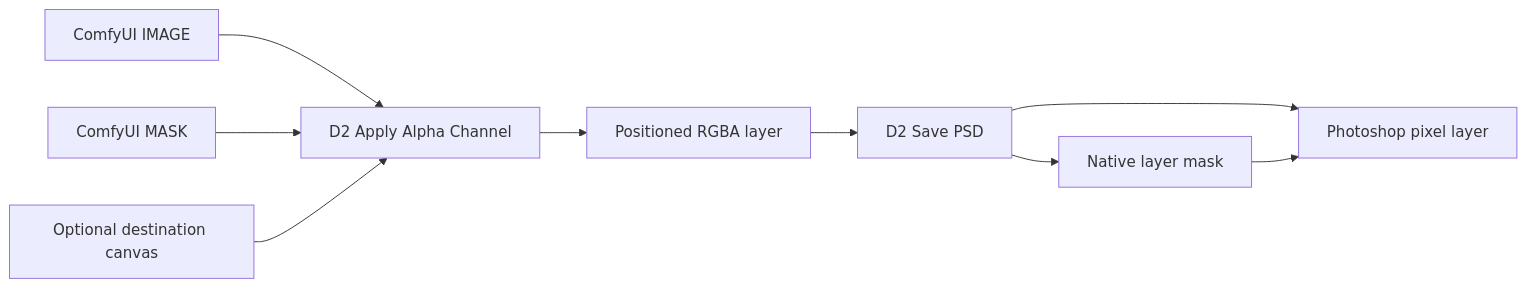
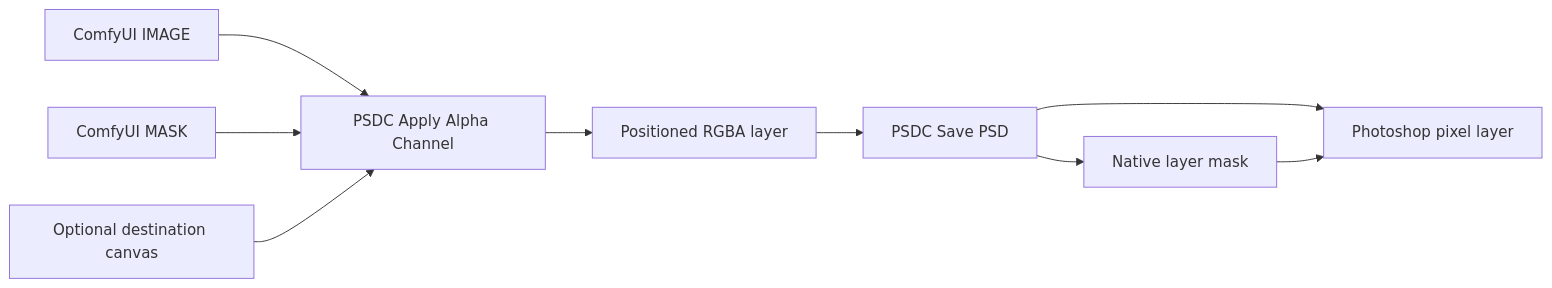
The first of 3 diagrams in README_en.md (glaseagle/PSDC), drawn with Mermaid before and after one commit. The commit also changed other lines of this file and 5 other files, not shown here.

````diff
--- a/README_en.md
+++ b/README_en.md
@@ -18,11 +18,11 @@
 ```mermaid
 flowchart LR
-    A["ComfyUI IMAGE"] --> C["D2 Apply Alpha Channel"]
+    A["ComfyUI IMAGE"] --> C["PSDC Apply Alpha Channel"]
     B["ComfyUI MASK"] --> C
     Z["Optional destination canvas"] --> C
     C --> D["Positioned RGBA layer"]
-    D --> E["D2 Save PSD"]
+    D --> E["PSDC Save PSD"]
     E --> F["Photoshop pixel layer"]
     E --> G["Native layer mask"]
     G --> F
 ```
````
